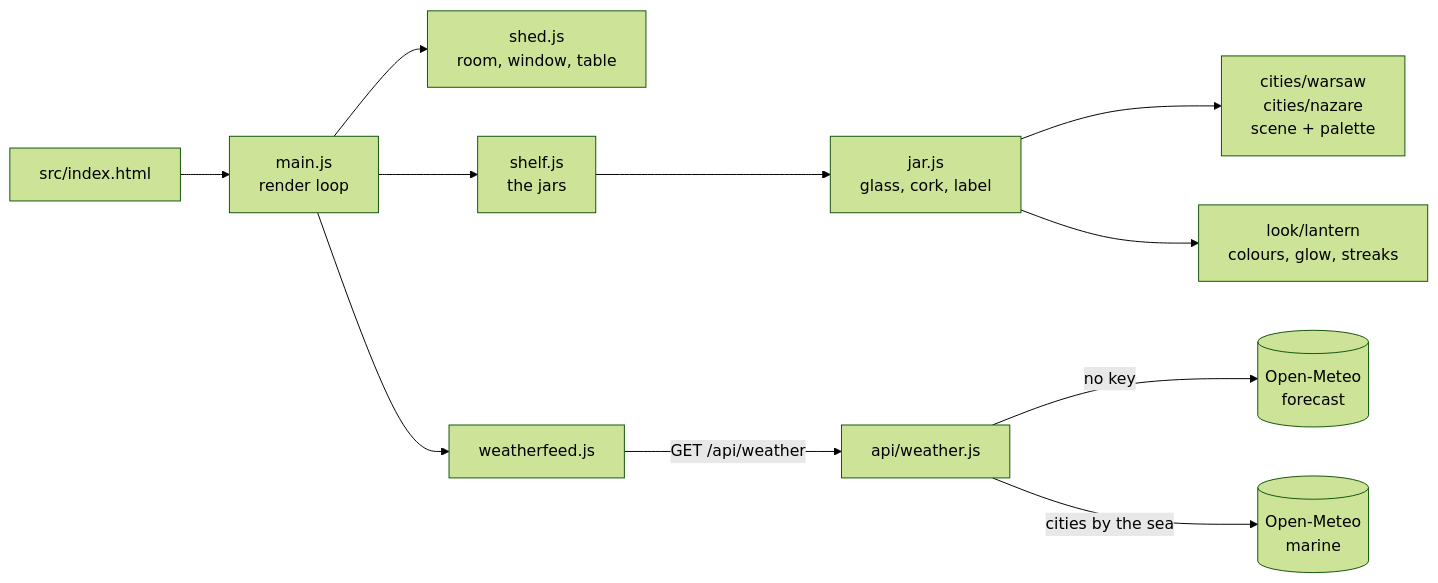
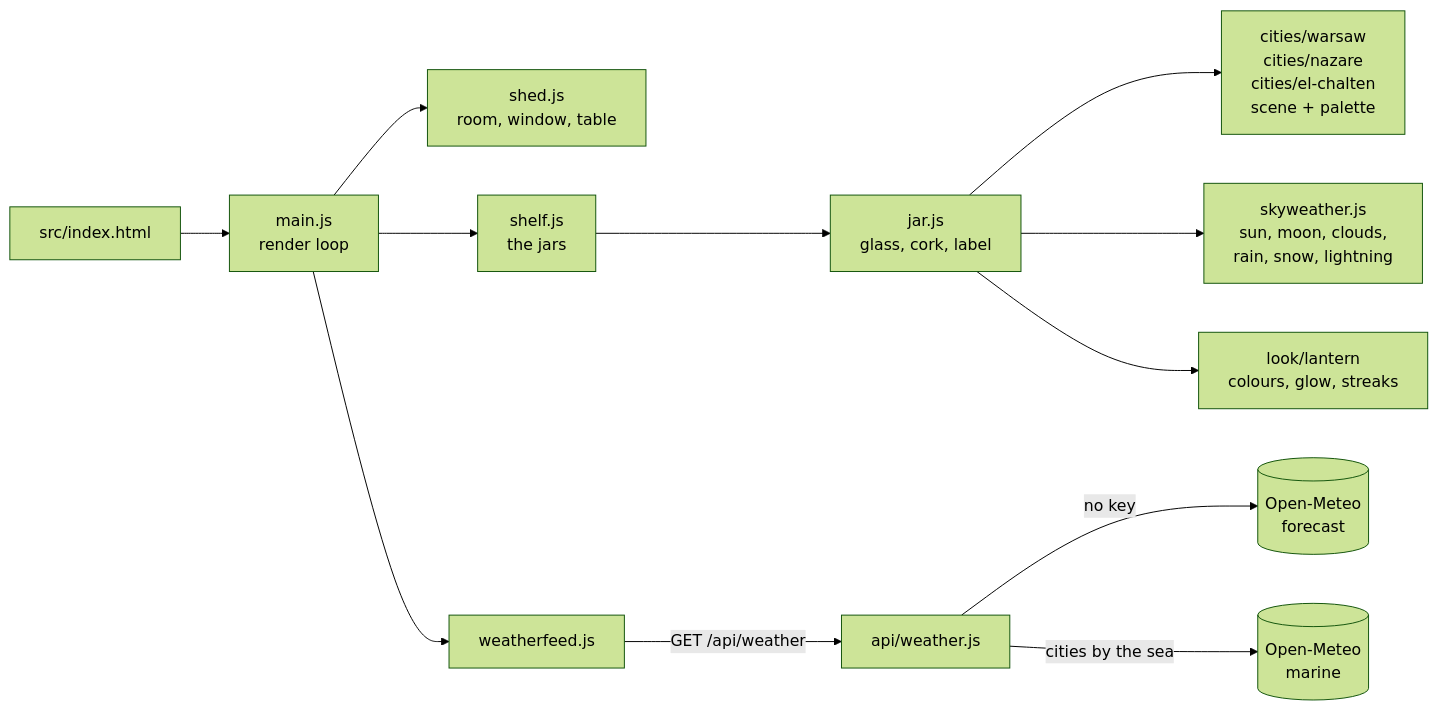
Before and after one commit to androszr/jar: the diagram in README.md, drawn with Mermaid (forest theme). The commit also changed other lines of this file and 23 other files, not shown here.

````diff
--- a/README.md
+++ b/README.md
@@ -115,13 +210,14 @@
 ```mermaid
 flowchart LR
   A["src/index.html"] --> B["main.js<br/>render loop"]
   B --> C["shed.js<br/>room, window, table"]
   B --> D["shelf.js<br/>the jars"]
   D --> E["jar.js<br/>glass, cork, label"]
-  E --> F["cities/warsaw<br/>cities/nazare<br/>scene + palette"]
+  E --> F["cities/warsaw<br/>cities/nazare<br/>cities/el-chalten<br/>scene + palette"]
+  E --> S["skyweather.js<br/>sun, moon, clouds,<br/>rain, snow, lightning"]
   E --> G["look/lantern<br/>colours, glow, streaks"]
   B --> H["weatherfeed.js"]
   H -->|"GET /api/weather"| I["api/weather.js"]
   I -->|"no key"| J[("Open-Meteo<br/>forecast")]
   I -->|"cities by the sea"| K[("Open-Meteo<br/>marine")]
 ```
````
